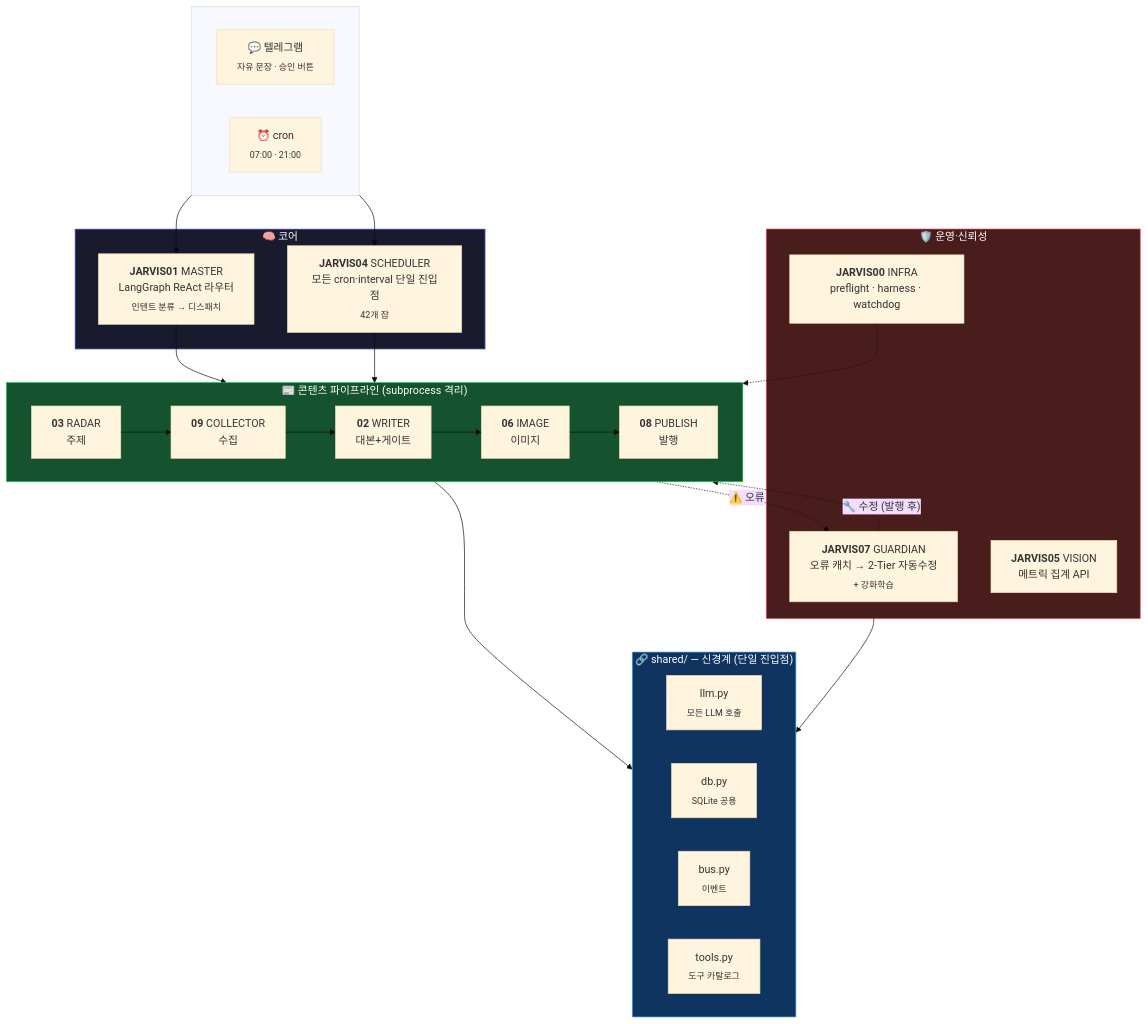
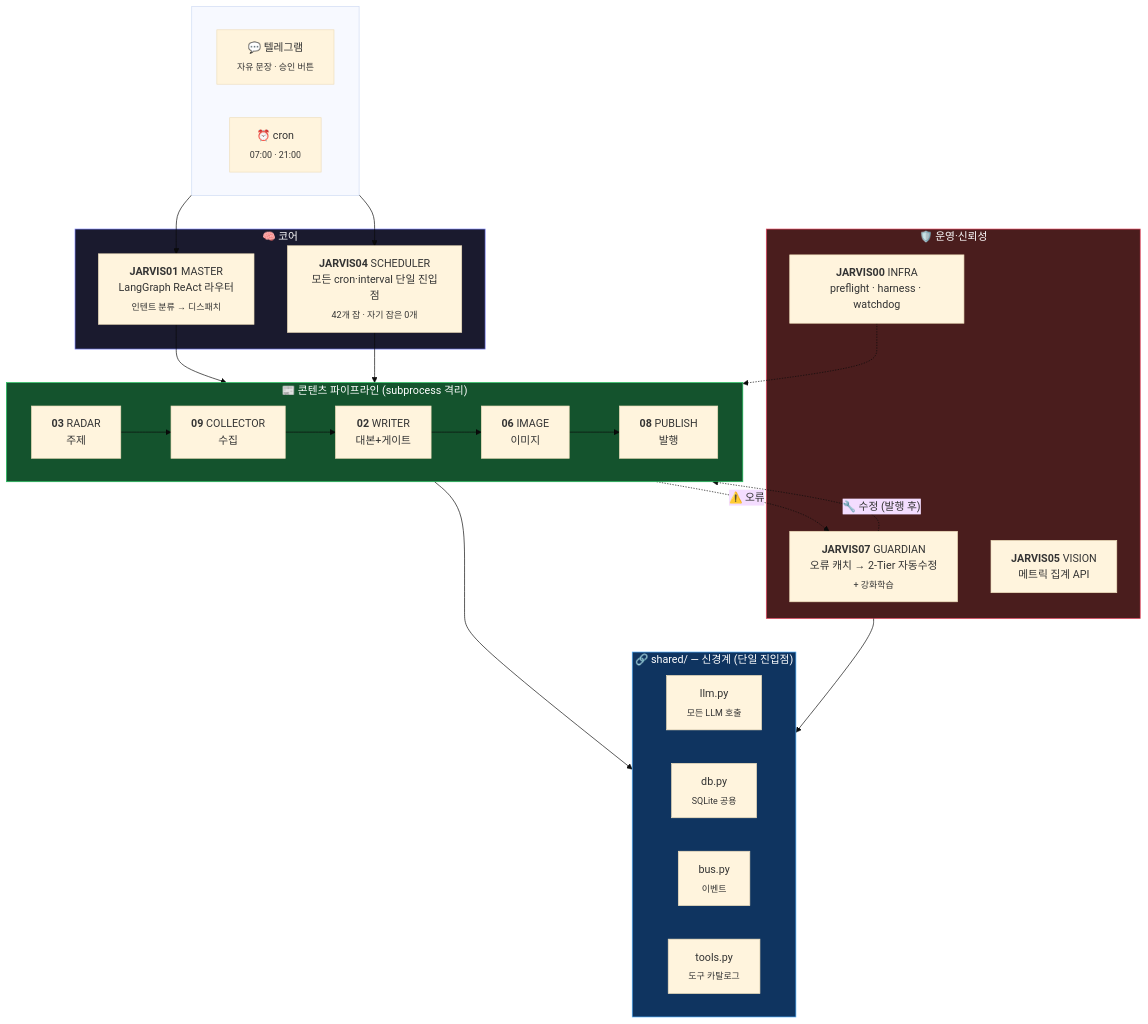
Before and after one commit to youandi3535/jarvis-agent: the second of 7 diagrams in README.md, drawn with Mermaid (base theme). The commit also changed other lines of this file, not shown here.

````diff
--- a/README.md
+++ b/README.md
@@ -76,47 +77,47 @@
 ```mermaid
 flowchart TB
     subgraph EXT[" "]
         direction LR
         TG["💬 텔레그램<br/><sub>자유 문장 · 승인 버튼</sub>"]
         CRON["⏰ cron<br/><sub>07:00 · 21:00</sub>"]
     end
 
     subgraph CORE["🧠 코어"]
         M["<b>JARVIS01</b> MASTER<br/>LangGraph ReAct 라우터<br/><sub>인텐트 분류 → 디스패치</sub>"]
-        S["<b>JARVIS04</b> SCHEDULER<br/>모든 cron·interval 단일 진입점<br/><sub>42개 잡</sub>"]
+        S["<b>JARVIS04</b> SCHEDULER<br/>모든 cron·interval 단일 진입점<br/><sub>42개 잡 · 자기 잡은 0개</sub>"]
     end
 
     subgraph PIPE["📰 콘텐츠 파이프라인 (subprocess 격리)"]
         direction LR
         R3["<b>03</b> RADAR<br/>주제"] --> C9["<b>09</b> COLLECTOR<br/>수집"] --> W2["<b>02</b> WRITER<br/>대본+게이트"] --> I6["<b>06</b> IMAGE<br/>이미지"] --> P8["<b>08</b> PUBLISH<br/>발행"]
     end
 
     subgraph OPS["🛡️ 운영·신뢰성"]
         G7["<b>JARVIS07</b> GUARDIAN<br/>오류 캐치 → 2-Tier 자동수정<br/><sub>+ 강화학습</sub>"]
         I0["<b>JARVIS00</b> INFRA<br/>preflight · harness · watchdog"]
         V5["<b>JARVIS05</b> VISION<br/>메트릭 집계 API"]
     end
 
     subgraph SH["🔗 shared/ — 신경계 (단일 진입점)"]
         direction LR
         SL["llm.py<br/><sub>모든 LLM 호출</sub>"]
         SD["db.py<br/><sub>SQLite 공용</sub>"]
         SB["bus.py<br/><sub>이벤트</sub>"]
         ST["tools.py<br/><sub>도구 카탈로그</sub>"]
     end
 
     TG --> M
     CRON --> S
     M --> PIPE
     S --> PIPE
     PIPE -. "⚠️ 오류" .-> G7
     G7 -. "🔧 수정 (발행 후)" .-> PIPE
     I0 -.-> PIPE
     PIPE --> SH
     OPS --> SH
 
     style CORE fill:#1a1a2e,stroke:#7c83fd,color:#fff
     style PIPE fill:#14532d,stroke:#22c55e,color:#fff
     style OPS fill:#4a1d1d,stroke:#e94560,color:#fff
     style SH fill:#0f3460,stroke:#4dabf7,color:#fff
 ```
````
